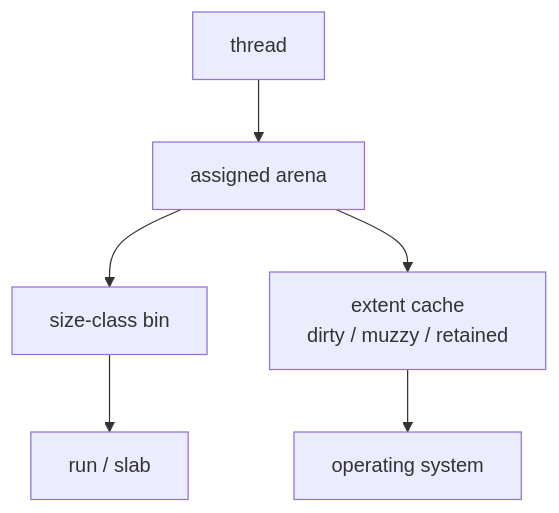
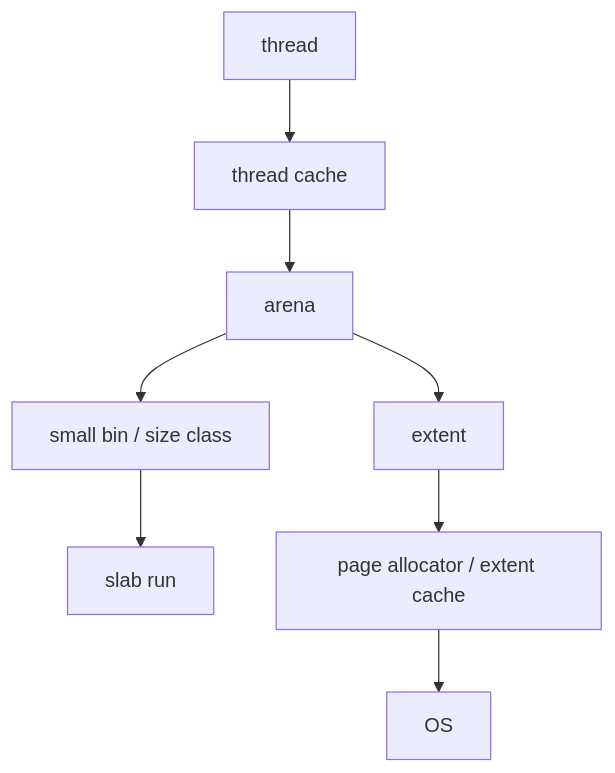
Before and after one commit to sdsasf/my_malloc: the fourth of 5 diagrams in docs/allocator_families.md, drawn with Mermaid. The commit also changed other lines of this file and 10 other files, not shown here.

````diff
--- a/docs/allocator_families.md
+++ b/docs/allocator_families.md
@@ -257,12 +296,14 @@
 ```mermaid
 flowchart TB
     Thread["thread"]
-    Arena["assigned arena"]
-    Bin["size-class bin"]
-    Run["run / slab"]
-    Extent["extent cache<br/>dirty / muzzy / retained"]
-    OS["operating system"]
+    Tcache["thread cache"]
+    Arena["arena"]
+    Bin["small bin / size class"]
+    Slab["slab run"]
+    Extent["extent"]
+    PAC["page allocator / extent cache"]
+    OS["OS"]
 
-    Thread --> Arena --> Bin --> Run
-    Arena --> Extent --> OS
+    Thread --> Tcache --> Arena --> Bin --> Slab
+    Arena --> Extent --> PAC --> OS
 ```
````
